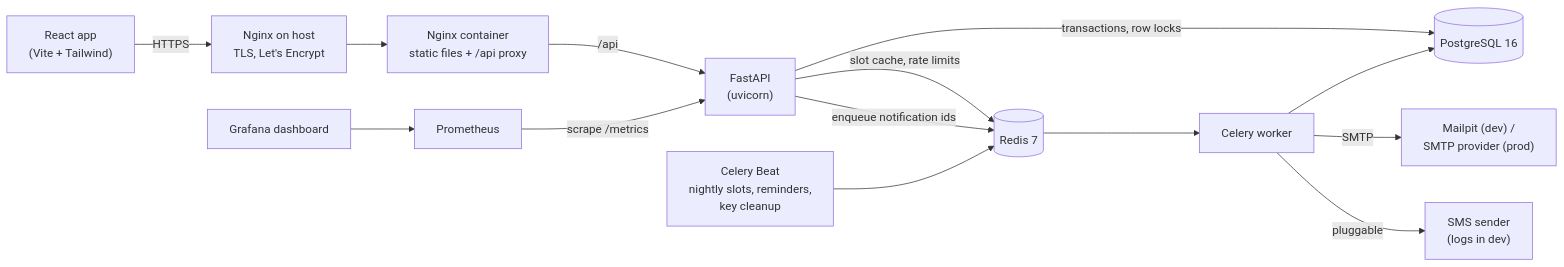
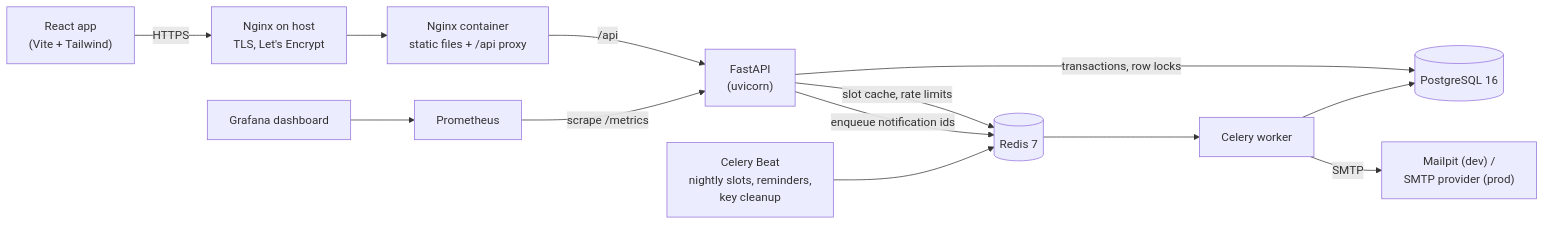
One commit to Zekrom0506/MediSlot changed the first of 2 diagrams in README.md. Above: the diagram before and after it, drawn with Mermaid. The commit also changed other lines of this file and 51 other files, not shown here.

````diff
--- a/README.md
+++ b/README.md
@@ -9,19 +9,18 @@
 ```mermaid
 flowchart LR
     Browser["React app<br/>(Vite + Tailwind)"] -->|HTTPS| HostNginx["Nginx on host<br/>TLS, Let's Encrypt"]
     HostNginx --> FrontNginx["Nginx container<br/>static files + /api proxy"]
     FrontNginx -->|/api| API["FastAPI<br/>(uvicorn)"]
 
     API -->|transactions, row locks| PG[(PostgreSQL 16)]
     API -->|slot cache, rate limits| Redis[(Redis 7)]
     API -->|enqueue notification ids| Redis
 
     Beat["Celery Beat<br/>nightly slots, reminders,<br/>key cleanup"] --> Redis
     Redis --> Worker["Celery worker"]
     Worker --> PG
     Worker -->|SMTP| Mail["Mailpit (dev) /<br/>SMTP provider (prod)"]
-    Worker -->|pluggable| SMS["SMS sender<br/>(logs in dev)"]
 
     Prometheus["Prometheus"] -->|scrape /metrics| API
     Grafana["Grafana dashboard"] --> Prometheus
 ```
````
